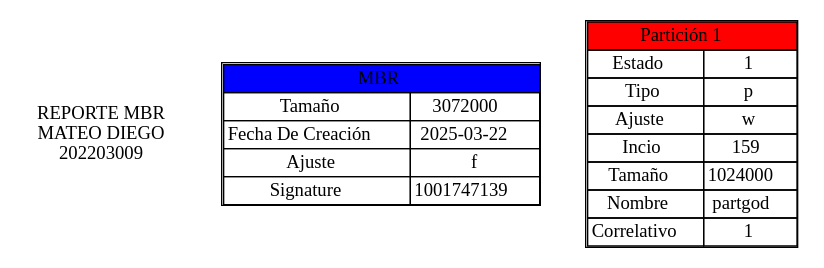
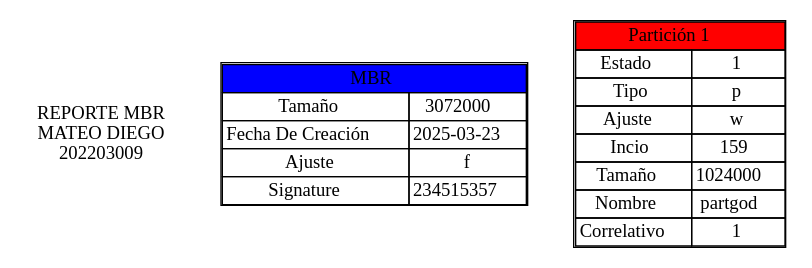
One commit to matiuuh/-MIA_1S_P2_202203009 changed the diagram in backend/REPORTEMBR.dot. Above: the diagram before and after it, drawn with Graphviz. The commit also changed 4 other files, not shown here.

```diff
--- a/backend/REPORTEMBR.dot
+++ b/backend/REPORTEMBR.dot
@@ -1,28 +1,28 @@
 digraph G {
 node [shape=plaintext];
 fontname="Courier New";
 title [label="REPORTE MBR
 MATEO DIEGO
 202203009"];
 mbrTable [label=<
 <table border='1' cellborder='1' cellspacing='0'>
 <tr><td bgcolor="blue" colspan='2'>MBR</td></tr>
 <tr><td>Tamaño</td><td>3072000</td></tr>
-<tr><td>Fecha De Creación</td><td>2025-03-22</td></tr>
+<tr><td>Fecha De Creación</td><td>2025-03-23</td></tr>
 <tr><td>Ajuste</td><td>f</td></tr>
-<tr><td>Signature</td><td>1001747139</td></tr>
+<tr><td>Signature</td><td>234515357</td></tr>
 </table>
 >];
 PA1 [label=<
 <table border='1' cellborder='1' cellspacing='0'>
 <tr><td bgcolor="red" colspan='2'>Partición 1</td></tr>
 <tr><td>Estado</td><td>1</td></tr>
 <tr><td>Tipo</td><td>p</td></tr>
 <tr><td>Ajuste</td><td>w</td></tr>
 <tr><td>Incio</td><td>159</td></tr>
 <tr><td>Tamaño</td><td>1024000</td></tr>
 <tr><td>Nombre</td><td>partgod</td></tr>
 <tr><td>Correlativo</td><td>1</td></tr>
 </table>
 >];
 }
```
